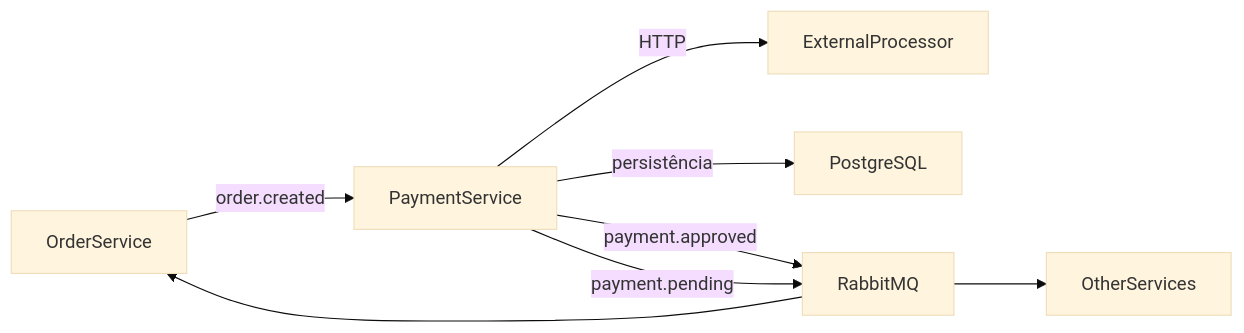
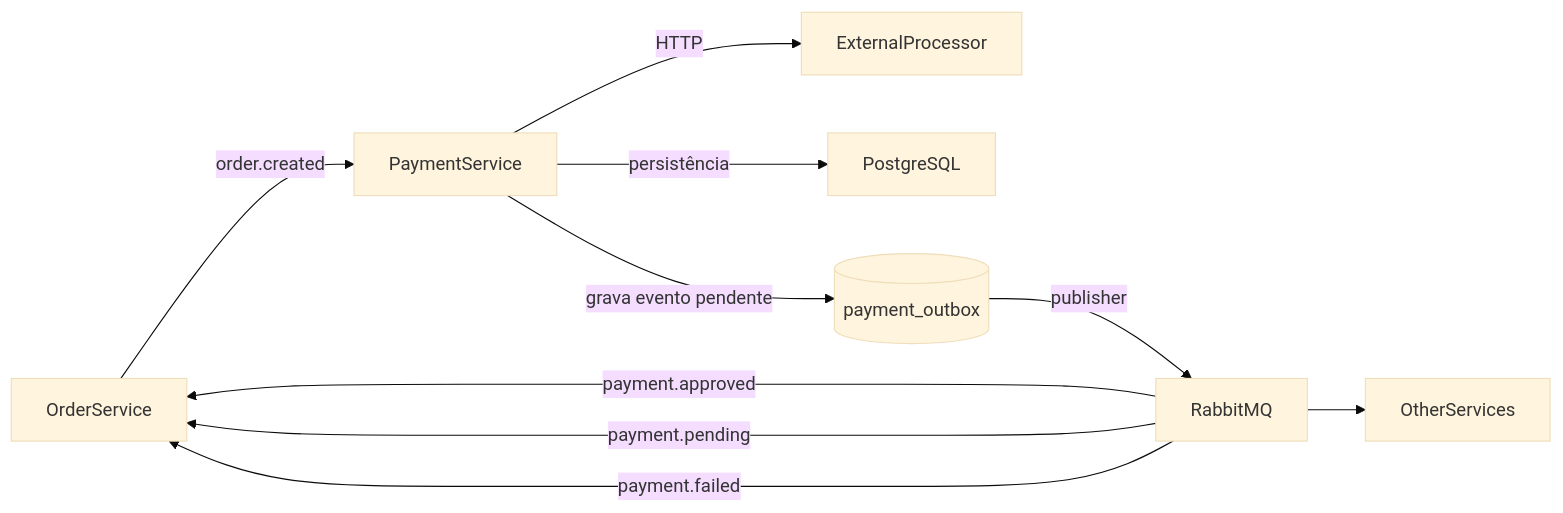
The second of 3 diagrams in README.md (alex-dev-br/restaurant-payment-service), drawn with Mermaid (base theme) before and after one commit. The commit also changed other lines of this file, not shown here.

Commit message:
docs: atualiza README com outbox, retry, falha definitiva e contrato monetário

````diff
--- a/README.md
+++ b/README.md
@@ -125,14 +136,16 @@
 ```mermaid
 flowchart LR
 
 OrderService -->|order.created| PaymentService
 
 PaymentService -->|HTTP| ExternalProcessor
 PaymentService -->|persistência| PostgreSQL
+PaymentService -->|grava evento pendente| Outbox[(payment_outbox)]
 
-PaymentService -->|payment.approved| RabbitMQ
-PaymentService -->|payment.pending| RabbitMQ
+Outbox -->|publisher| RabbitMQ
 
-RabbitMQ --> OrderService
+RabbitMQ -->|payment.approved| OrderService
+RabbitMQ -->|payment.pending| OrderService
+RabbitMQ -->|payment.failed| OrderService
 RabbitMQ --> OtherServices
 ```
````
